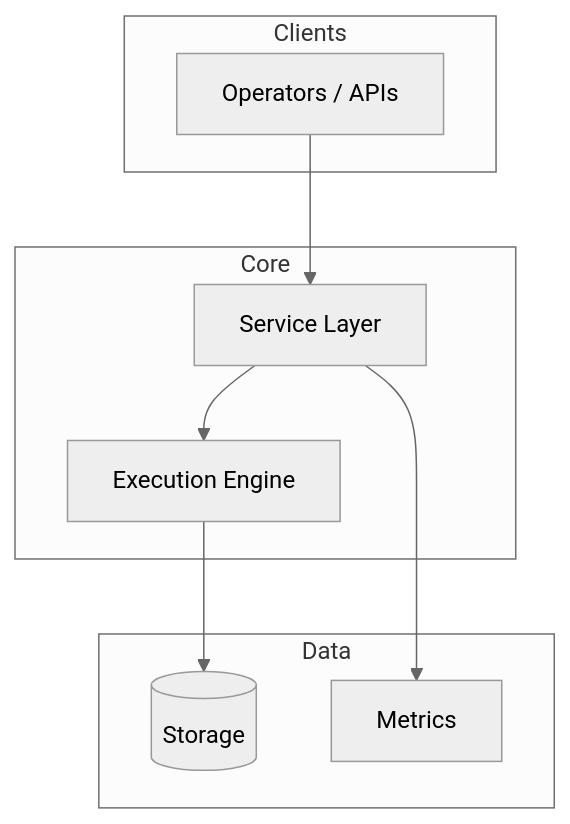
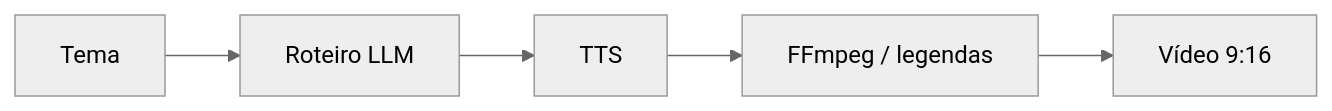
The diagram in README.md (SrSatriano/autonomous-short-form-video-pipeline), drawn with Mermaid (neutral theme) before and after one commit. The commit also changed other lines of this file and 7 other files, not shown here.

````diff
--- a/README.md
+++ b/README.md
@@ -54,17 +90,7 @@
 ```mermaid
-flowchart TB
-  subgraph Clients
-    U[Operators / APIs]
-  end
-  subgraph Core
-    S[Service Layer]
-    E[Execution Engine]
-  end
-  subgraph Data
-    D[(Storage)]
-    M[Metrics]
-  end
-  U --> S --> E
-  E --> D
-  S --> M
+flowchart LR
+  T[Tema] --> R[Roteiro LLM]
+  R --> TTS[TTS]
+  TTS --> FF[FFmpeg / legendas]
+  FF --> MP4[Vídeo 9:16]
 ```
````
